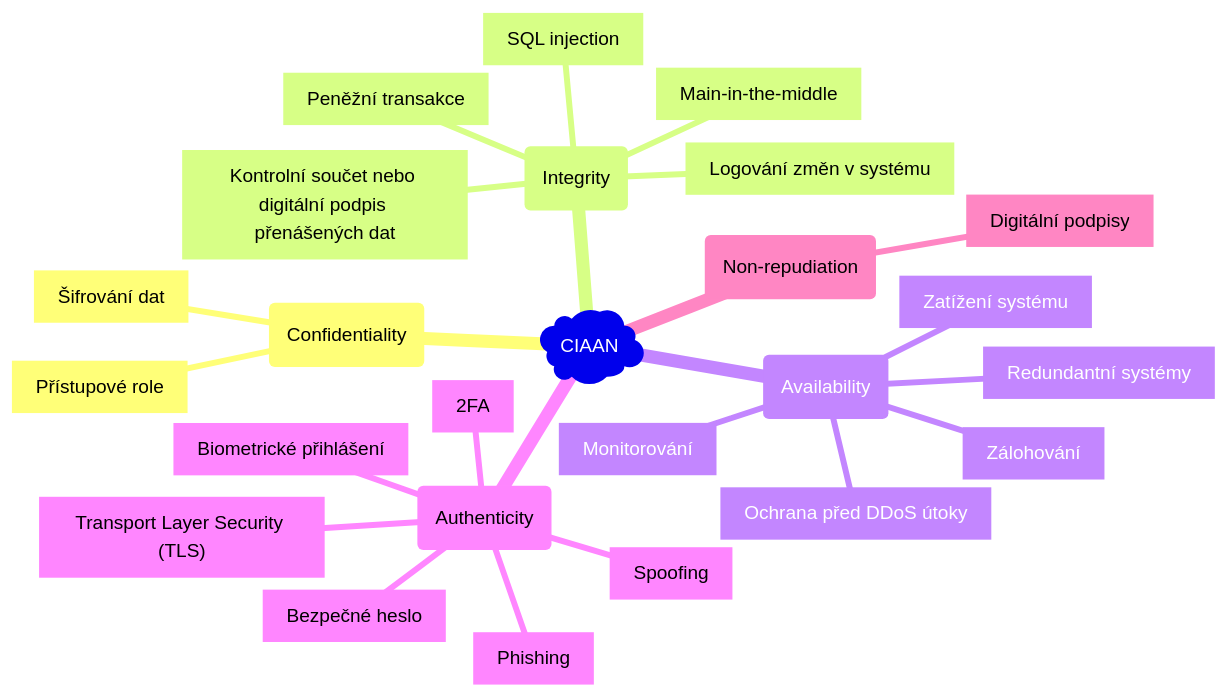
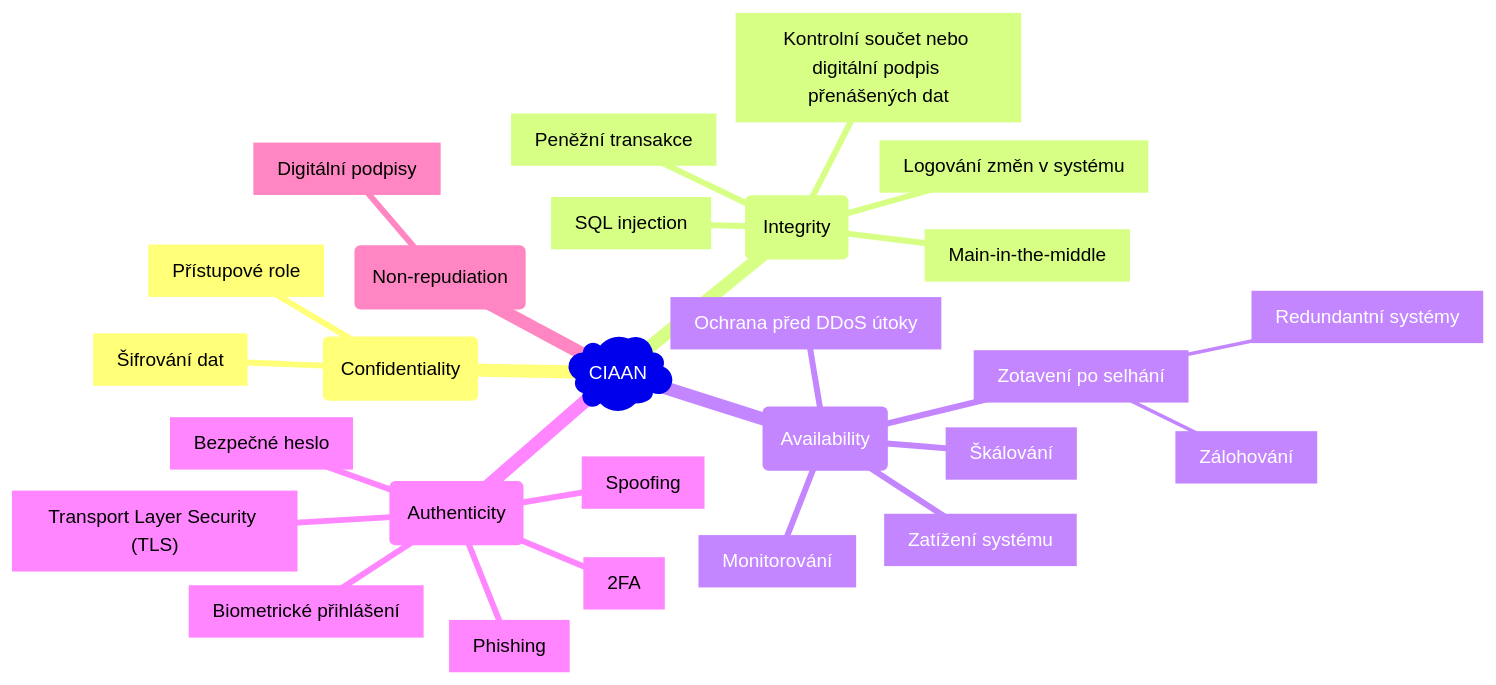
Diagram 18 of 19 in src/it/software_engineering.md (matejfric/mdbook), drawn with Mermaid before and after one commit. The commit also changed other lines of this file and 1 other file, not shown here.

````diff
--- a/src/it/software_engineering.md
+++ b/src/it/software_engineering.md
@@ -944,28 +982,30 @@
 ```mermaid
 mindmap
   root )CIAAN)
     (Confidentiality)
         [Šifrování dat]
         [Přístupové role]
     (Integrity)
         [Logování změn v systému]
         [Kontrolní součet nebo digitální podpis přenášených dat]
         [Peněžní transakce]
         [Main-in-the-middle]
         [SQL injection]
     (Availability)
-        [Zálohování]
-        [Redundantní systémy]
+        [Zotavení po selhání]
+            [Zálohování]
+            [Redundantní systémy]
         [Zatížení systému]
         [Ochrana před DDoS útoky]
         [Monitorování]
+        [Škálování]
     (Authenticity)
         [2FA]
         [Bezpečné heslo]
         [Biometrické přihlášení]
         ["Transport Layer Security (TLS)"]
         [Spoofing]
         [Phishing]
     (Non-repudiation)
         [Digitální podpisy]
 ```
````
